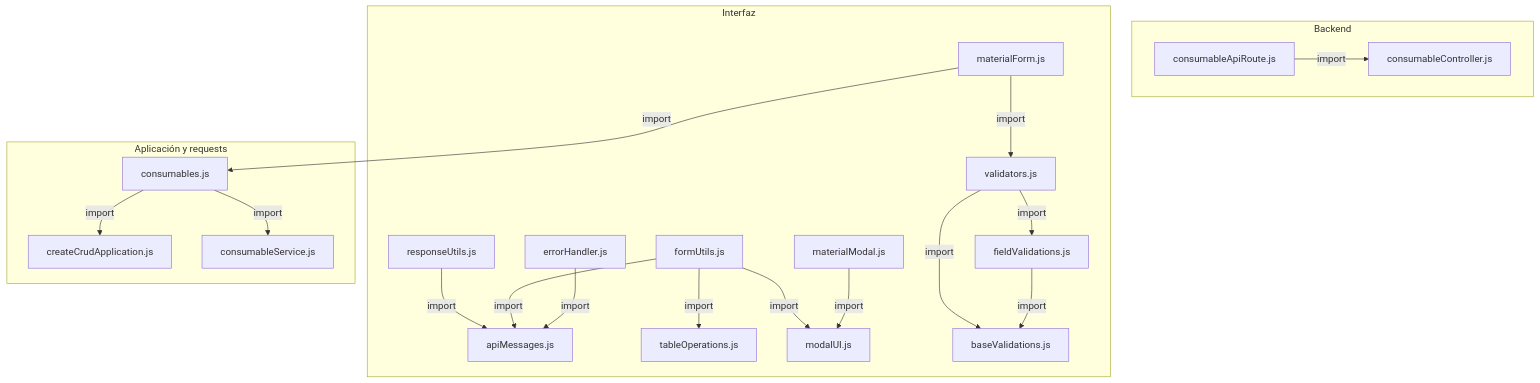
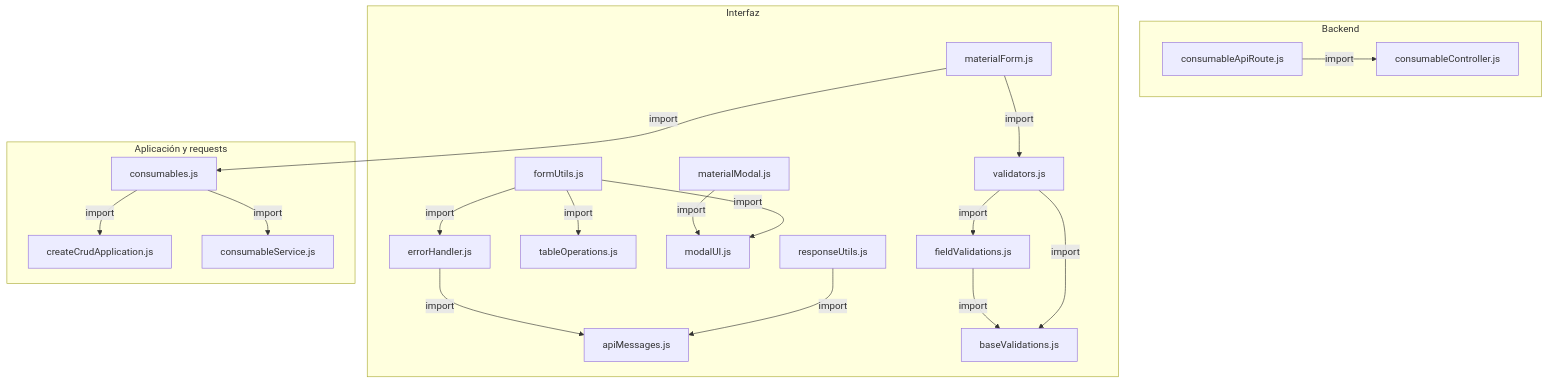
The first of 3 diagrams in docs/architecture/views/processes/frontend-code-sequences/catalogs/cu-alm-19.md (gpgsistemas01/nexus), drawn with Mermaid before and after one commit. The commit also changed 105 other files, not shown here.

````diff
--- a/docs/architecture/views/processes/frontend-code-sequences/catalogs/cu-alm-19.md
+++ b/docs/architecture/views/processes/frontend-code-sequences/catalogs/cu-alm-19.md
@@ -55,39 +55,39 @@
 ```mermaid
 flowchart TB
     subgraph Component0["Backend"]
         FileConsumableController["consumableController.js"]
         Transport["consumableApiRoute.js"]
     end
     subgraph Component1["Interfaz"]
         FileErrorHandler["errorHandler.js"]
         FileApiMessages["apiMessages.js"]
         View["materialForm.js"]
         Modal["materialModal.js"]
         FileTableOperations["tableOperations.js"]
         FileModalUI["modalUI.js"]
         FormUtils["formUtils.js"]
         FileResponseUtils["responseUtils.js"]
         FileBaseValidations["baseValidations.js"]
         FileFieldValidations["fieldValidations.js"]
         FileValidators["validators.js"]
     end
     subgraph Component2["Aplicación y requests"]
         Application["createCrudApplication.js"]
         FileConsumables["consumables.js"]
         Request["consumableService.js"]
     end
     FileErrorHandler -->|import| FileApiMessages
     FileConsumables -->|import| Request
     FileConsumables -->|import| Application
     View -->|import| FileConsumables
     View -->|import| FileValidators
     Modal -->|import| FileModalUI
-    FormUtils -->|import| FileApiMessages
+    FormUtils -->|import| FileErrorHandler
     FormUtils -->|import| FileTableOperations
     FormUtils -->|import| FileModalUI
     FileResponseUtils -->|import| FileApiMessages
     FileFieldValidations -->|import| FileBaseValidations
     FileValidators -->|import| FileBaseValidations
     FileValidators -->|import| FileFieldValidations
     Transport -->|import| FileConsumableController
 ```
````
